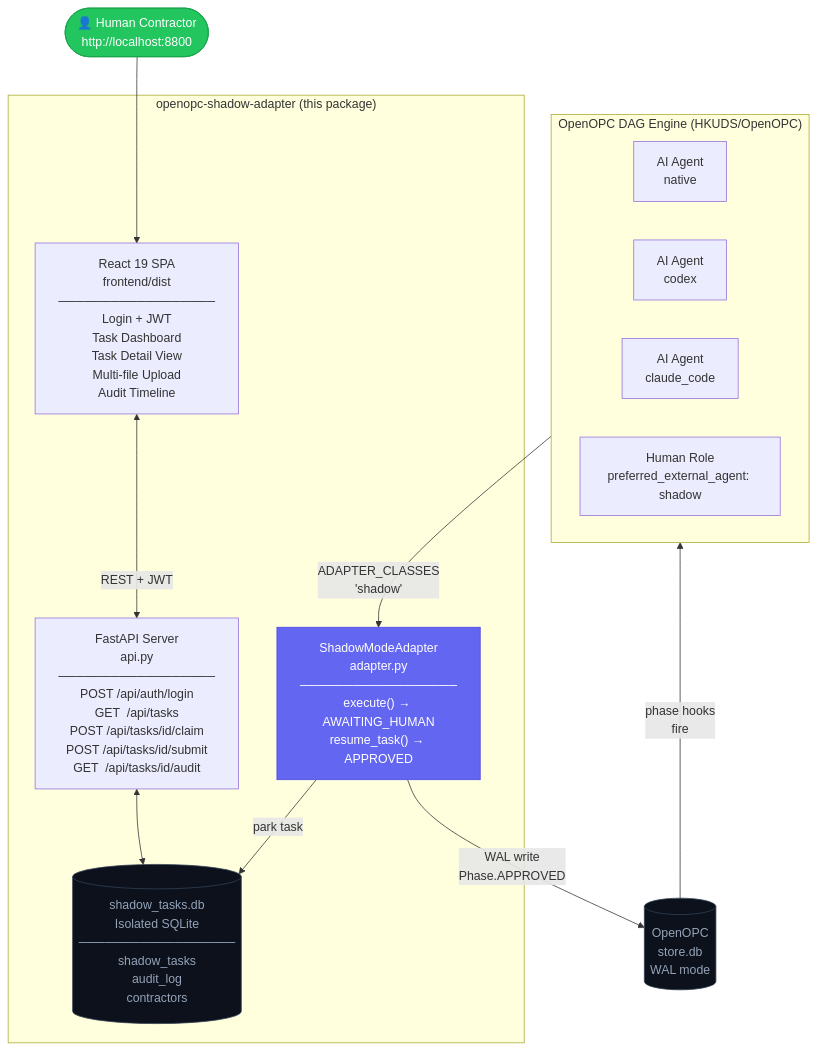
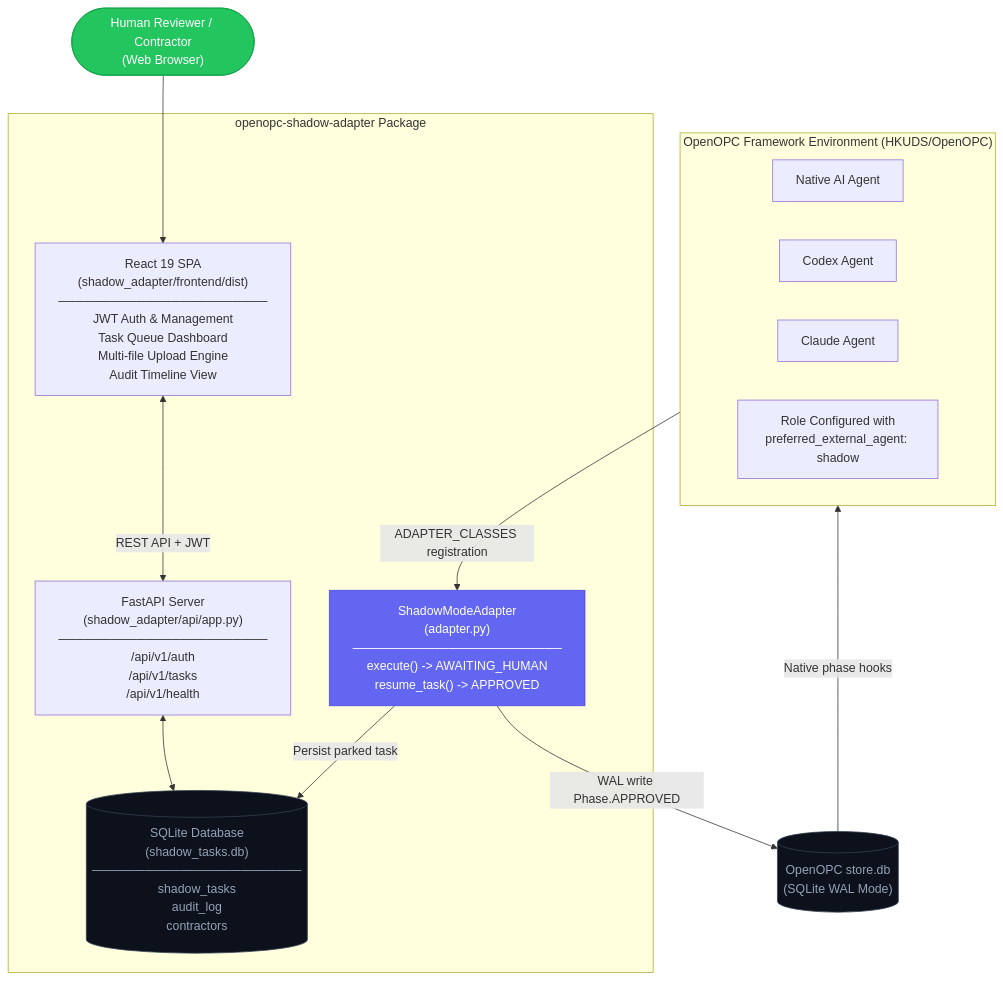
The fourth of 4 diagrams in README.md (AhmadHassan-BTed/OpenOPC-Shadow-Adapter), drawn with Mermaid before and after one commit. The commit also changed other lines of this file, not shown here.

````diff
--- a/README.md
+++ b/README.md
@@ -322,33 +210,33 @@
 ```mermaid
 flowchart TD
-    subgraph OPC["OpenOPC DAG Engine  (HKUDS/OpenOPC)"]
+    subgraph Host ["OpenOPC Framework Environment (HKUDS/OpenOPC)"]
         direction LR
-        AgentA["AI Agent\nnative"]
-        AgentB["AI Agent\ncodex"]
-        AgentC["AI Agent\nclaude_code"]
-        ShadowRole["Human Role\npreferred_external_agent: shadow"]
+        NativeAgent["Native AI Agent"]
+        CodexAgent["Codex Agent"]
+        ClaudeAgent["Claude Agent"]
+        ShadowRole["Role Configured with\npreferred_external_agent: shadow"]
     end
 
-    subgraph Adapter["openopc-shadow-adapter  (this package)"]
-        Core["ShadowModeAdapter\nadapter.py\n──────────────────\nexecute() → AWAITING_HUMAN\nresume_task() → APPROVED"]
-        API["FastAPI Server\napi.py\n──────────────────\nPOST /api/auth/login\nGET  /api/tasks\nPOST /api/tasks/id/claim\nPOST /api/tasks/id/submit\nGET  /api/tasks/id/audit"]
-        DB[("shadow_tasks.db\nIsolated SQLite\n──────────────────\nshadow_tasks\naudit_log\ncontractors")]
-        SPA["React 19 SPA\nfrontend/dist\n──────────────────\nLogin + JWT\nTask Dashboard\nTask Detail View\nMulti-file Upload\nAudit Timeline"]
+    subgraph Package ["openopc-shadow-adapter Package"]
+        AdapterCore["ShadowModeAdapter\n(adapter.py)\n────────────────────────\nexecute() -> AWAITING_HUMAN\nresume_task() -> APPROVED"]
+        APIServer["FastAPI Server\n(shadow_adapter/api/app.py)\n────────────────────────\n/api/v1/auth\n/api/v1/tasks\n/api/v1/health"]
+        Database[("SQLite Database\n(shadow_tasks.db)\n────────────────────────\nshadow_tasks\naudit_log\ncontractors")]
+        WebPortal["React 19 SPA\n(shadow_adapter/frontend/dist)\n────────────────────────\nJWT Auth & Management\nTask Queue Dashboard\nMulti-file Upload Engine\nAudit Timeline View"]
     end
 
-    OPCStore[("OpenOPC\nstore.db\nWAL mode")]
-    Contractor(["👤 Human Contractor\nhttp://localhost:8800"])
+    OPCDatabase[("OpenOPC store.db\n(SQLite WAL Mode)")]
+    HumanUser(["Human Reviewer / Contractor\n(Web Browser)"])
 
-    ShadowRole -->|ADAPTER_CLASSES\n'shadow'| Core
-    Core -->|park task| DB
-    Core -->|WAL write\nPhase.APPROVED| OPCStore
-    OPCStore -->|phase hooks\nfire| OPC
-    API <--> DB
-    Contractor --> SPA
-    SPA <-->|REST + JWT| API
+    ShadowRole -->|ADAPTER_CLASSES registration| AdapterCore
+    AdapterCore -->|Persist parked task| Database
+    AdapterCore -->|WAL write Phase.APPROVED| OPCDatabase
+    OPCDatabase -->|Native phase hooks| Host
+    APIServer <--> Database
+    HumanUser --> WebPortal
+    WebPortal <-->|REST API + JWT| APIServer
 
-    style Core fill:#6366f1,color:#fff,stroke:#4f46e5
-    style OPCStore fill:#0c111b,color:#94a3b8,stroke:#334155
-    style DB fill:#0c111b,color:#94a3b8,stroke:#334155
-    style Contractor fill:#22c55e,color:#fff,stroke:#16a34a
+    style AdapterCore fill:#6366f1,color:#fff,stroke:#4f46e5
+    style OPCDatabase fill:#0c111b,color:#94a3b8,stroke:#334155
+    style Database fill:#0c111b,color:#94a3b8,stroke:#334155
+    style HumanUser fill:#22c55e,color:#fff,stroke:#16a34a
 ```
````
